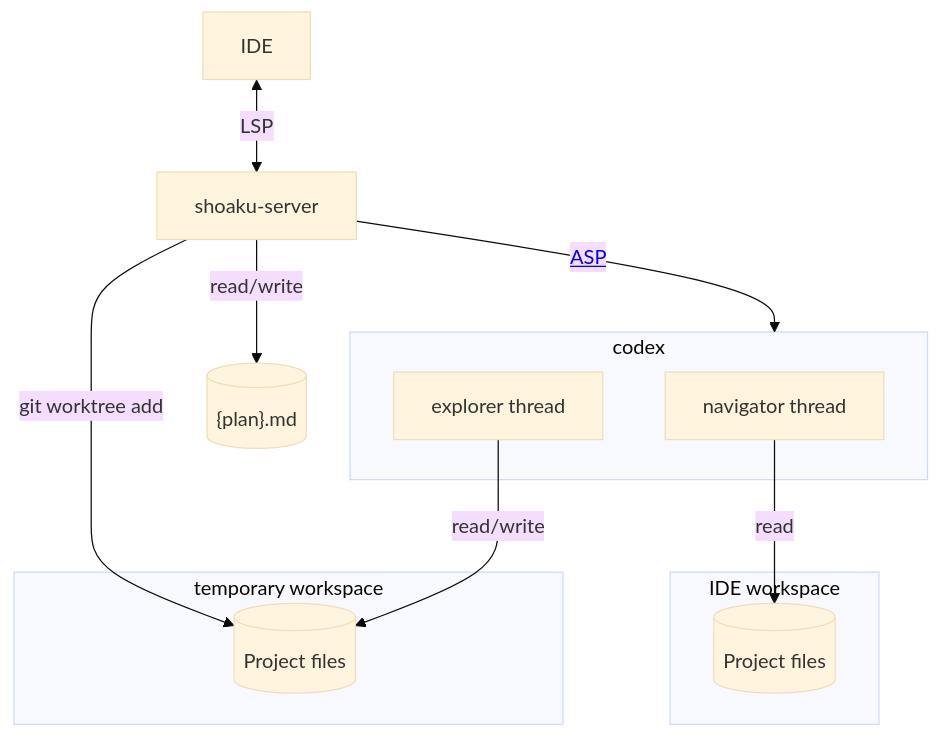
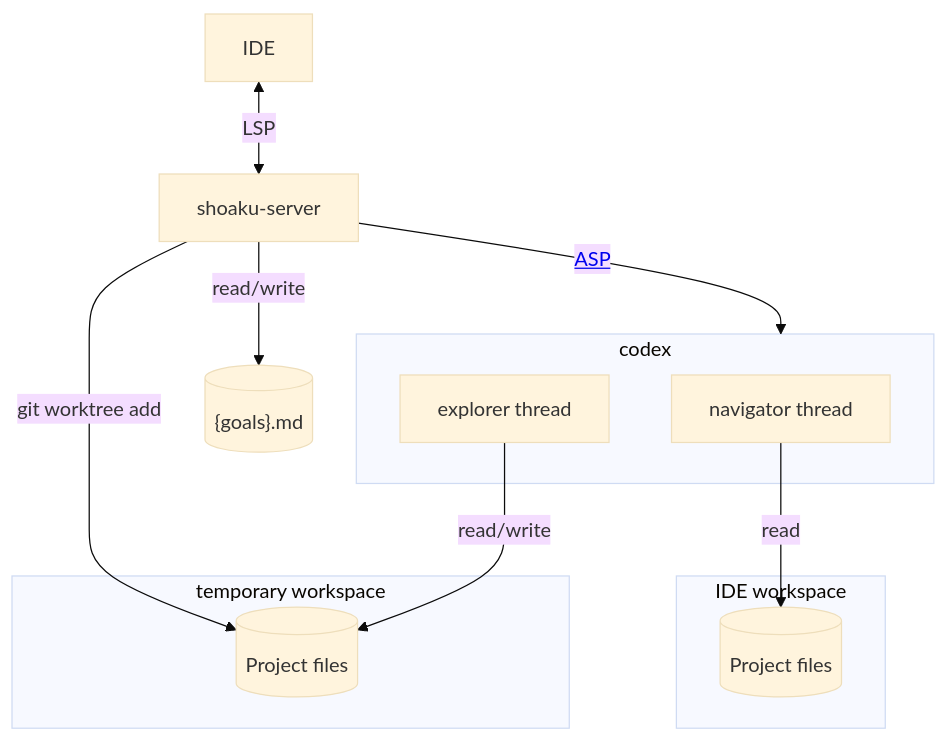
The diagram in docs/architecture.md (seachicken/intellij-shoaku), drawn with Mermaid (base theme) before and after one commit.

Commit message:
Refactor

````diff
--- a/docs/architecture.md
+++ b/docs/architecture.md
@@ -3,19 +3,19 @@
 ```mermaid
 graph TD
   subgraph user_workspace["IDE workspace"]
     project-files[(Project files)]
   end
   subgraph sandbox_workspace["temporary workspace"]
     worktree-files[(Project files)]
   end
   subgraph codex
     navigator[navigator thread]
     explorer[explorer thread]
   end
 
-  shoaku-server -- read/write --> todo[("{plan}.md")]
+  shoaku-server -- read/write --> todo[("{goals}.md")]
   IDE <-- LSP --> shoaku-server -- <a href='https://github.com/openai/codex/blob/main/codex-rs/app-server/README.md'>ASP</a> --> codex
   shoaku-server -- "git worktree add" --> worktree-files
   navigator -- read --> project-files
   explorer -- read/write --> worktree-files
 ```
````
